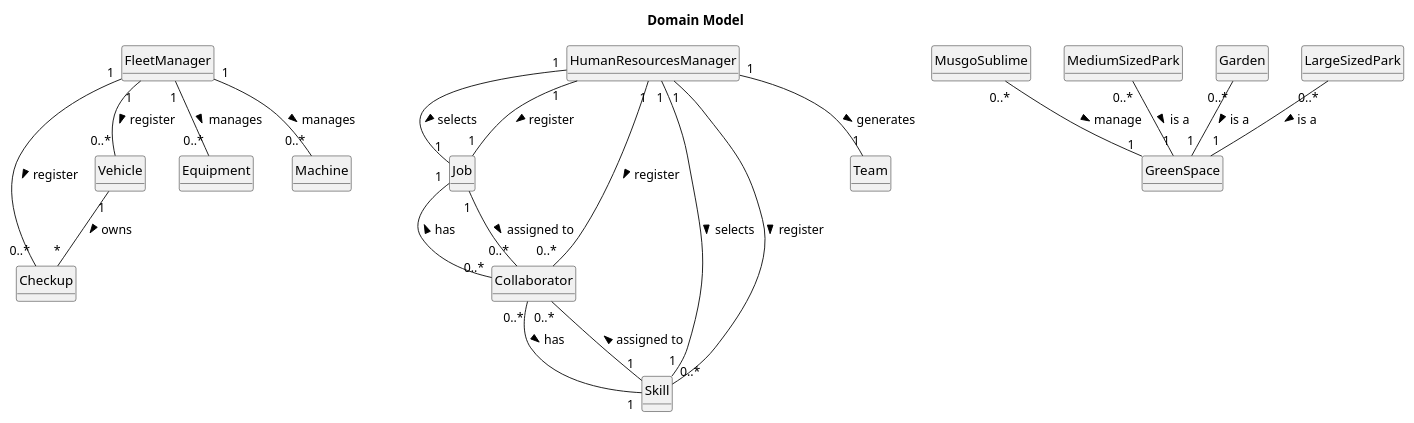
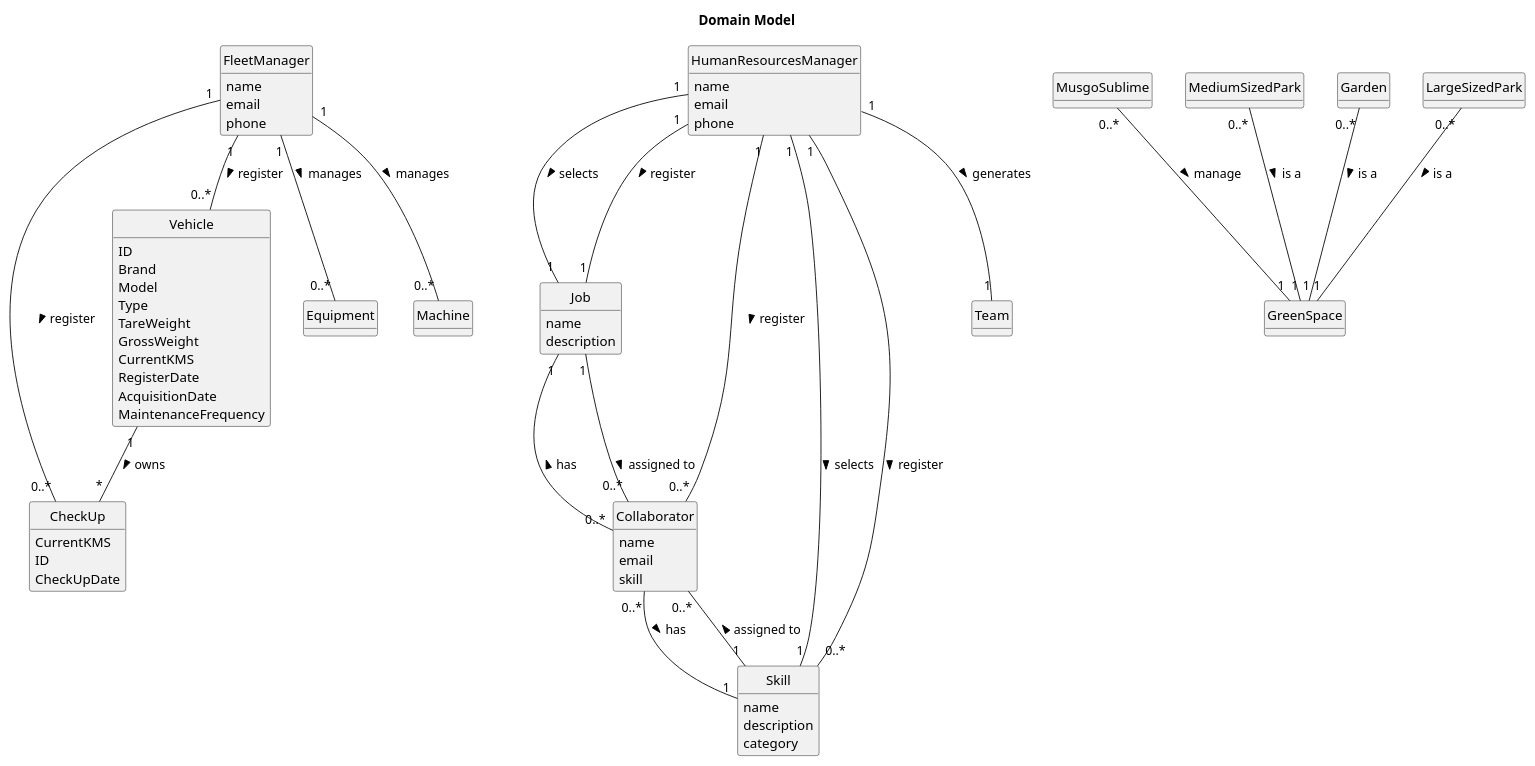
One commit to daniel41silva05/ISEP_2023_2024_LAPR2 changed the diagram in docs/sprintA/global-artifacts/02.analysis/puml/project-domain-model.puml. Above: the diagram before and after it, drawn with PlantUML. The commit also changed other lines of this file, not shown here.

Commit message:
Update Domain Model

```diff
--- a/docs/sprintA/global-artifacts/02.analysis/puml/project-domain-model.puml
+++ b/docs/sprintA/global-artifacts/02.analysis/puml/project-domain-model.puml
@@ -1,50 +1,82 @@
 @startuml
 skinparam monochrome true
 skinparam packageStyle rectangle
 skinparam shadowing false
 
 skinparam classAttributeIconSize 0
 hide circle
 hide methods
 
 title Domain Model
 
 class Job {
+    name
+    description
 }
 
 class Skill {
+    name
+    description
+    category
 }
 
 class Vehicle {
+    ID
+    Brand
+    Model
+    Type
+    TareWeight
+    GrossWeight
+    CurrentKMS
+    RegisterDate
+    AcquisitionDate
+    MaintenanceFrequency
+}
+
+
+class CheckUp {
+    CurrentKMS
+    ID
+    CheckUpDate
 }
 
 class Collaborator {
+    name
+    email
+    skill
+
 }
 
 class FleetManager {
+   name
+   email
+   phone
 }
 
 class HumanResourcesManager {
+   name
+   email
+   phone
 }
 
 MusgoSublime "0..*" -- "1" GreenSpace : manage >
 MediumSizedPark "0..*" -- "1" GreenSpace : is a >
 Garden "0..*" -- "1" GreenSpace : is a >
 LargeSizedPark "0..*" -- "1" GreenSpace : is a >
 Collaborator "0..*" -- "1" Job : has >
 Collaborator "0..*" -- "1" Skill : has >
 HumanResourcesManager "1" -- "1" Job : selects  >
 HumanResourcesManager "1" -- "1" Skill : selects  >
 HumanResourcesManager "1" -- "1" Job : register  >
 Job "1" -- "0..*" Collaborator : assigned to >
 Skill "1" -- "0..*" Collaborator : assigned to >
 HumanResourcesManager "1" -- "0..*" Collaborator : register >
 HumanResourcesManager "1" -- "0..*" Skill : register >
 HumanResourcesManager "1" -- "1" Team : generates >
 FleetManager "1" -- "0..*" Vehicle : register >
 FleetManager "1" -- "0..*" Equipment : manages >
 FleetManager "1" -- "0..*" Machine : manages >
-FleetManager "1" - "0..*" Checkup : register >
-Vehicle "1" -- "*" Checkup : owns >
+FleetManager "1" - "0..*" CheckUp : register >
+Vehicle "1" -- "*" CheckUp : owns >
 
 @enduml
```
